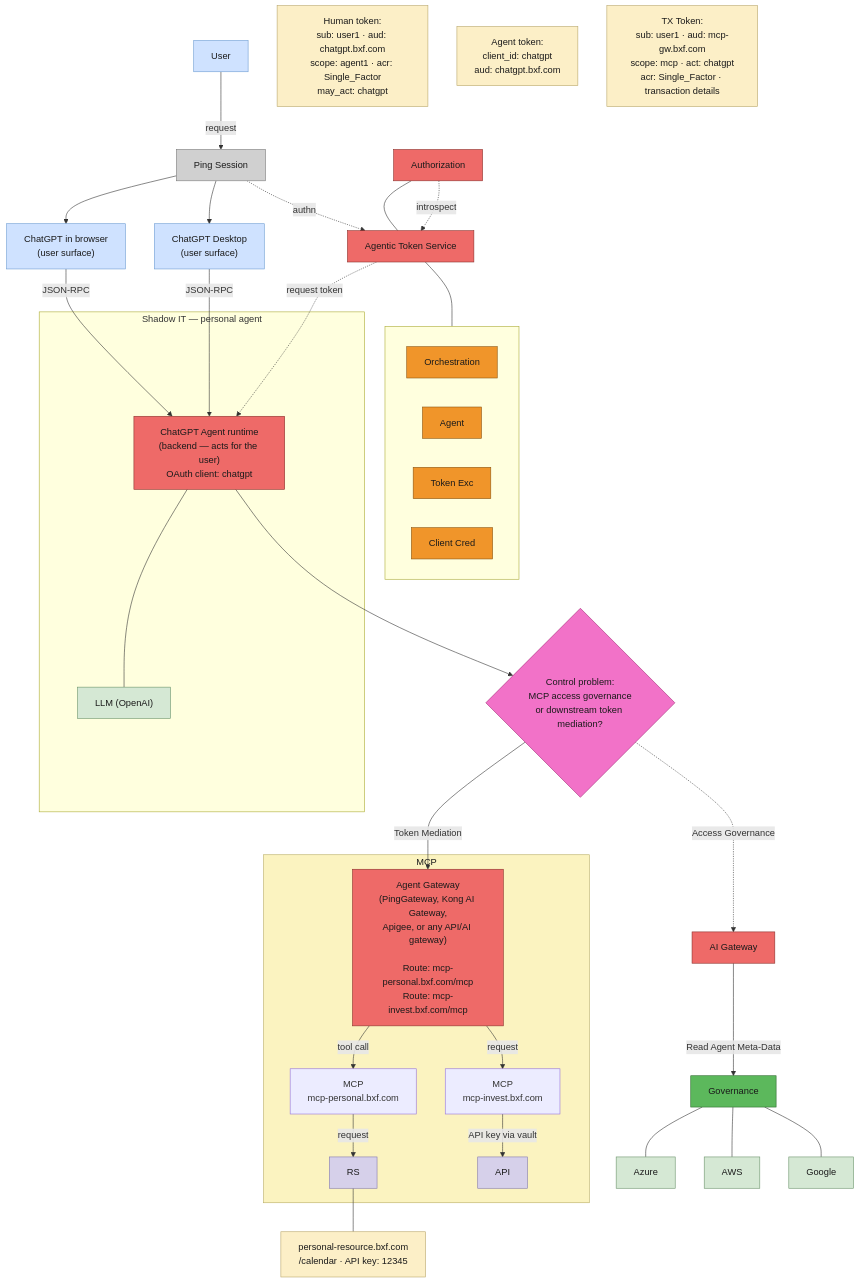
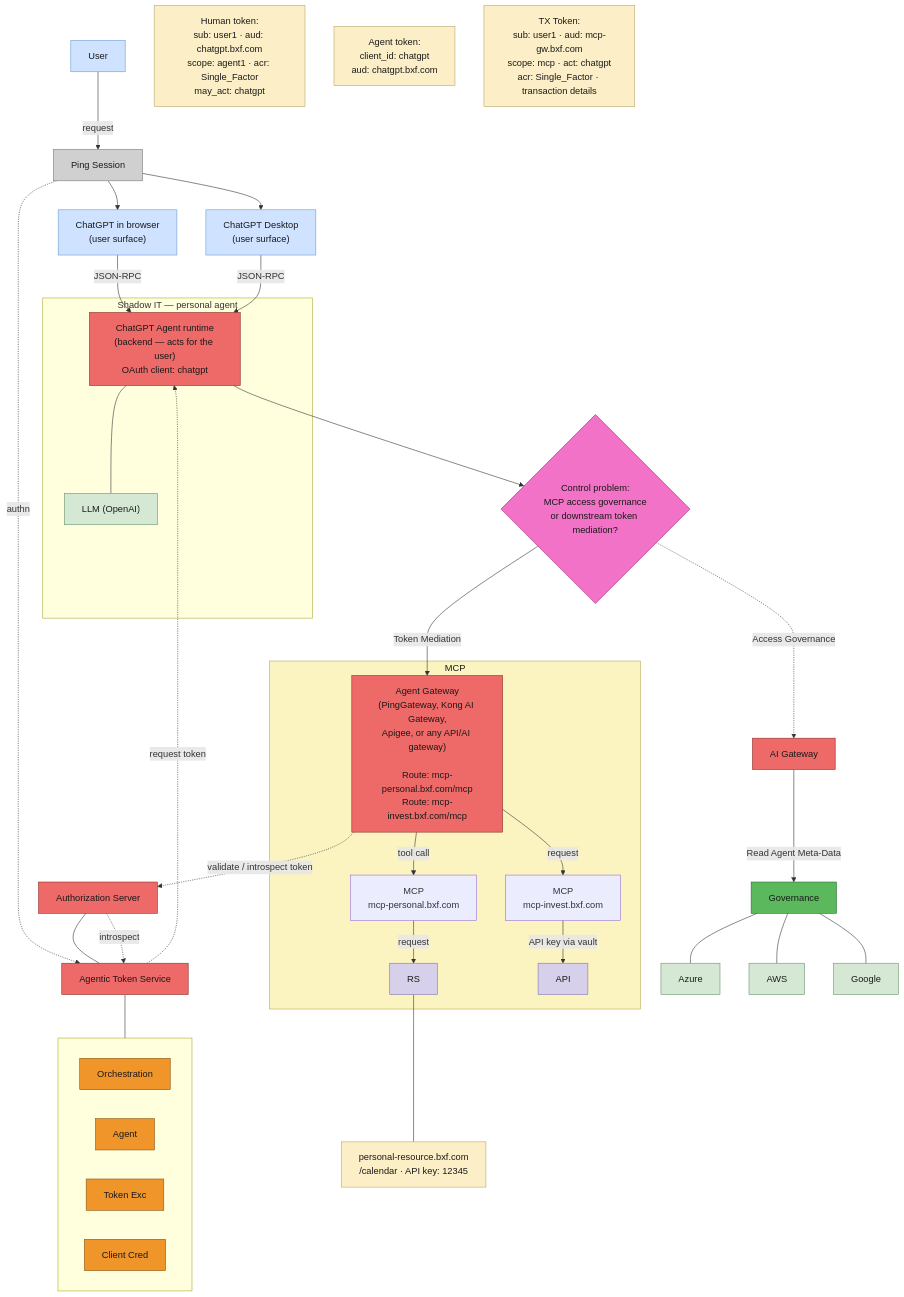
The diagram in docs/diagrams/personal-agent-chatgpt.mmd (curtismu7/AI-DEMO2), drawn with Mermaid before and after one commit. The commit also changed 1 other file, not shown here.

Commit message:
docs(diagrams): Agent Gateway validates tokens directly with Authorization Server

```diff
--- a/docs/diagrams/personal-agent-chatgpt.mmd
+++ b/docs/diagrams/personal-agent-chatgpt.mmd
@@ -1,91 +1,92 @@
 %% Personal agent version of "V2 Agent - GW/Authorize" (Lucid page)
 %% ChatGPT is the personal agent — browser + Desktop surfaces, one agent runtime
 flowchart TB
     USER["User"]
     PINGSESS["Ping Session"]
     CHATB["ChatGPT in browser<br/>(user surface)"]
     GPTD["ChatGPT Desktop<br/>(user surface)"]
 
     subgraph SHADOW["Shadow IT — personal agent"]
         AGENT1["ChatGPT Agent runtime<br/>(backend — acts for the user)<br/>OAuth client: chatgpt"]
         LLM["LLM (OpenAI)"]
     end
 
     ATS["Agentic Token Service"]
     subgraph ATSSUB[" "]
         direction LR
         ORCH["Orchestration"]
         AGT["Agent"]
         TXE["Token Exc"]
         CCRED["Client Cred"]
     end
-    AUTHZ["Authorization"]
+    AUTHZ["Authorization Server"]
 
     HTOK["Human token:<br/>sub: user1 · aud: chatgpt.bxf.com<br/>scope: agent1 · acr: Single_Factor<br/>may_act: chatgpt"]
     AGTOK["Agent token:<br/>client_id: chatgpt<br/>aud: chatgpt.bxf.com"]
     TXTOK["TX Token:<br/>sub: user1 · aud: mcp-gw.bxf.com<br/>scope: mcp · act: chatgpt<br/>acr: Single_Factor · transaction details"]
 
     DEC{"Control problem:<br/>MCP access governance<br/>or downstream token mediation?"}
 
     subgraph MCPBOX["MCP"]
         GW["Agent Gateway<br/>(PingGateway, Kong AI Gateway,<br/>Apigee, or any API/AI gateway)<br/><br/>Route: mcp-personal.bxf.com/mcp<br/>Route: mcp-invest.bxf.com/mcp"]
         MCPOLB["MCP<br/>mcp-personal.bxf.com"]
         MCPINV["MCP<br/>mcp-invest.bxf.com"]
         RS["RS"]
         API["API"]
     end
     INVTOK["personal-resource.bxf.com<br/>/calendar · API key: 12345"]
 
     AIGW["AI Gateway"]
     GOV["Governance"]
     AZURE["Azure"]
     AWS["AWS"]
     GOOGLE["Google"]
 
     USER -->|request| PINGSESS
     PINGSESS --> CHATB
     PINGSESS --> GPTD
     CHATB -->|JSON-RPC| AGENT1
     GPTD -->|JSON-RPC| AGENT1
     AGENT1 --- LLM
     PINGSESS -.->|authn| ATS
     ATS --- ATSSUB
     AUTHZ --- ATS
     AUTHZ -.->|introspect| ATS
     ATS -.->|request token| AGENT1
     AGENT1 --> DEC
     DEC -->|Token Mediation| GW
     DEC -.->|Access Governance| AIGW
     GW -->|tool call| MCPOLB
     GW -->|request| MCPINV
+    GW -.->|validate / introspect token| AUTHZ
     MCPOLB -->|request| RS
     MCPINV -->|API key via vault| API
     RS --- INVTOK
     AIGW -->|Read Agent Meta-Data| GOV
     GOV --- AZURE
     GOV --- AWS
     GOV --- GOOGLE
 
     classDef red fill:#ee6a68,stroke:#8a2f2a,color:#1a1a1a
     classDef orange fill:#f0952a,stroke:#8a5410,color:#1a1a1a
     classDef cream fill:#fcefc7,stroke:#b8a66a,color:#1a1a1a
     classDef pink fill:#f272c8,stroke:#a12a76,color:#1a1a1a
     classDef yellow fill:#fbf3c0,stroke:#b8ac60,color:#1a1a1a
     classDef blue fill:#cfe2ff,stroke:#6b9bd2,color:#1a1a1a
     classDef green fill:#d5e8d4,stroke:#6a936a,color:#1a1a1a
     classDef dgreen fill:#5cb85c,stroke:#2d6a2d,color:#1a1a1a
     classDef purple fill:#d6d0ea,stroke:#8077ad,color:#1a1a1a
     classDef grey fill:#d0d0d0,stroke:#777777,color:#1a1a1a
 
     class ATS,AUTHZ,GW,AIGW red
     class ORCH,AGT,TXE,CCRED orange
     class HTOK,AGTOK,TXTOK,INVTOK cream
     class DEC pink
     class MCPBOX yellow
     class USER,CHATB,GPTD blue
     class AZURE,AWS,GOOGLE green
     class GOV dgreen
     class RS,API purple
     class AGENT1 red
     class LLM green
     class PINGSESS grey
```
